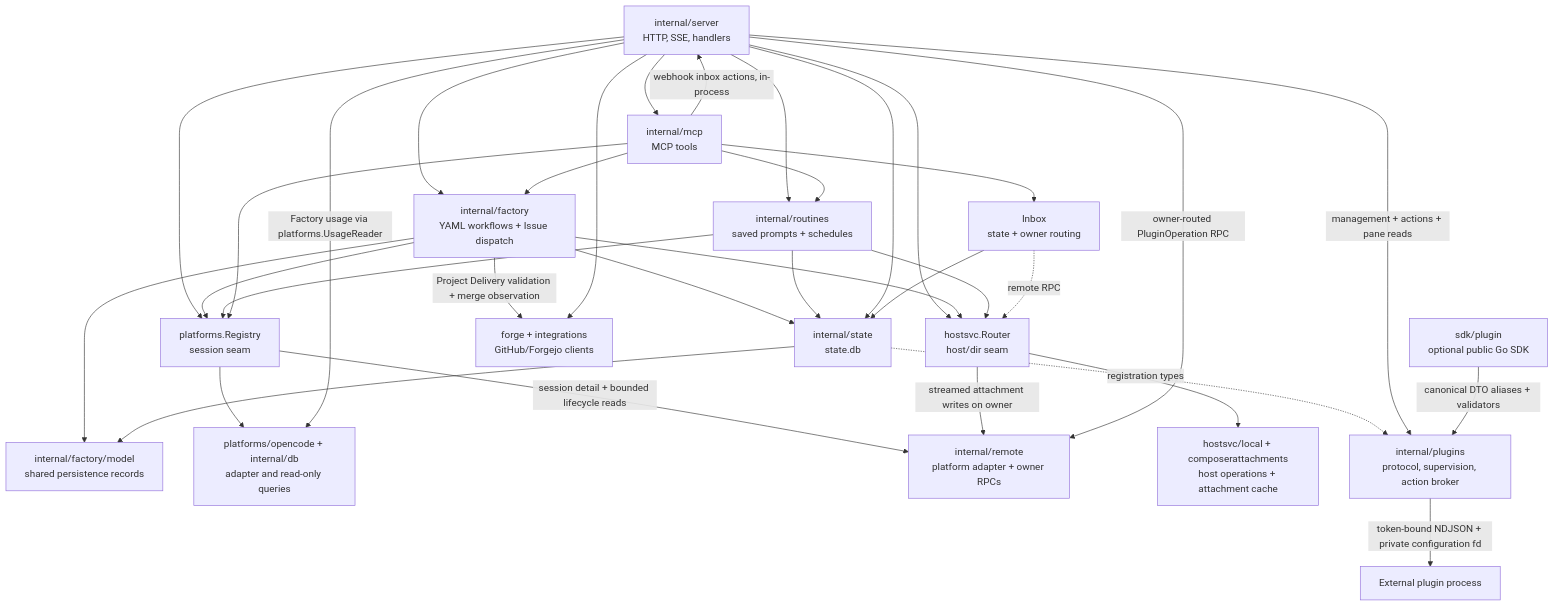
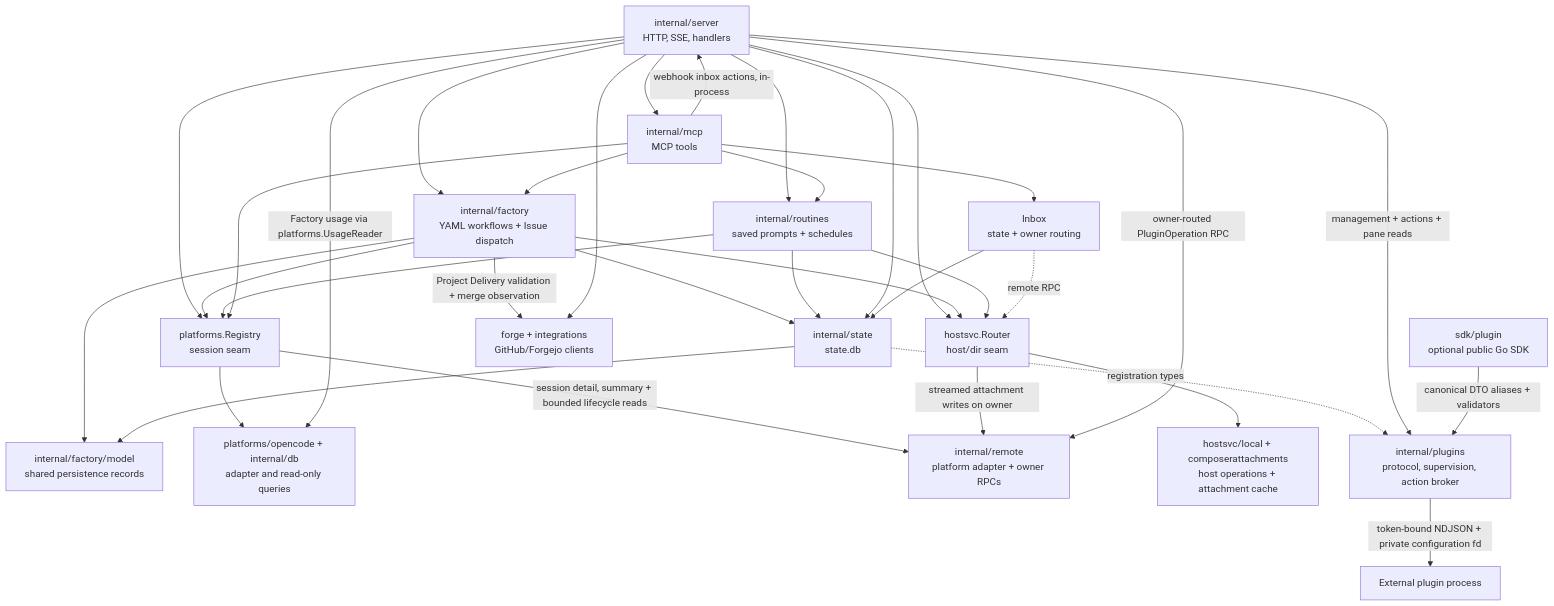
The third of 5 diagrams in docs/other/architecture.md (ocman/ocman), drawn with Mermaid before and after one commit. The commit also changed other lines of this file and 17 other files, not shown here.

````diff
--- a/docs/other/architecture.md
+++ b/docs/other/architecture.md
@@ -145,36 +145,36 @@
 ```mermaid
 flowchart TD
     Server[internal/server<br/>HTTP, SSE, handlers] --> Registry[platforms.Registry<br/>session seam]
     Server --> Router[hostsvc.Router<br/>host/dir seam]
     Server --> Routines[internal/routines<br/>saved prompts + schedules]
     Server --> Factory[internal/factory<br/>YAML workflows + Issue dispatch]
     Factory --> FactoryModel[internal/factory/model<br/>shared persistence records]
     Factory --> State
     State --> FactoryModel
     Factory --> Registry
     Factory --> Router
     Factory -->|Project Delivery validation + merge observation| Forge
     Routines --> Registry
     Routines --> Router
     Routines --> State
     Server --> MCP[internal/mcp<br/>MCP tools]
     MCP --> Factory
     MCP --> Inbox[Inbox<br/>state + owner routing]
     MCP --> Routines
     MCP -->|webhook inbox actions, in-process| Server
     MCP --> Registry
     Registry --> OC[platforms/opencode + internal/db<br/>adapter and read-only queries]
     Server -->|Factory usage via platforms.UsageReader| OC
-    Registry -->|session detail + bounded lifecycle reads| RP[internal/remote<br/>platform adapter + owner RPCs]
+    Registry -->|session detail, summary + bounded lifecycle reads| RP[internal/remote<br/>platform adapter + owner RPCs]
     Router --> Local[hostsvc/local + composerattachments<br/>host operations + attachment cache]
     Router -->|streamed attachment writes on owner| RP
     Server --> State[internal/state<br/>state.db]
     Inbox --> State
     Inbox -.->|remote RPC| Router
     Server --> Forge[forge + integrations<br/>GitHub/Forgejo clients]
     State -.->|registration types| Plugins[internal/plugins<br/>protocol, supervision, action broker]
     Server -->|management + actions + pane reads| Plugins
     Plugins -->|token-bound NDJSON + private configuration fd| PluginExec[External plugin process]
     Server -->|owner-routed PluginOperation RPC| RP
     PluginSDK[sdk/plugin<br/>optional public Go SDK] -->|canonical DTO aliases + validators| Plugins
 ```
````
